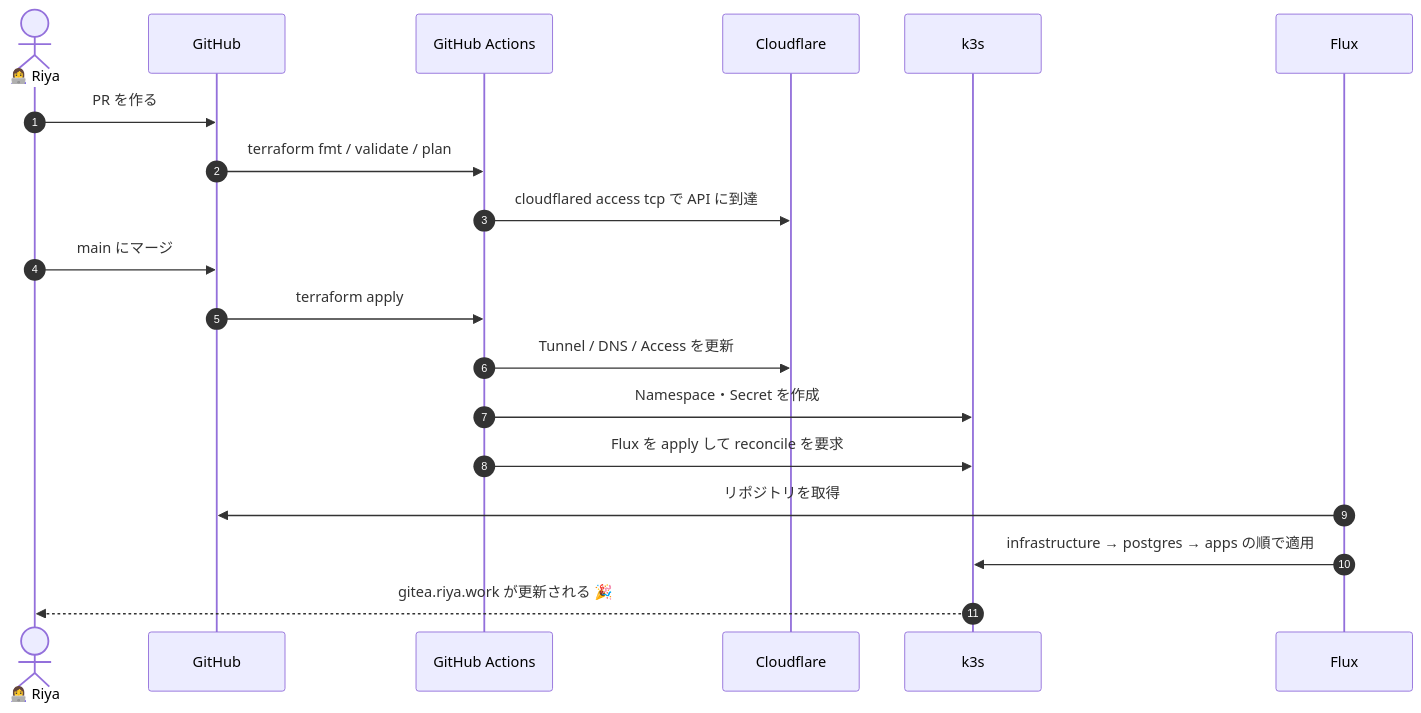
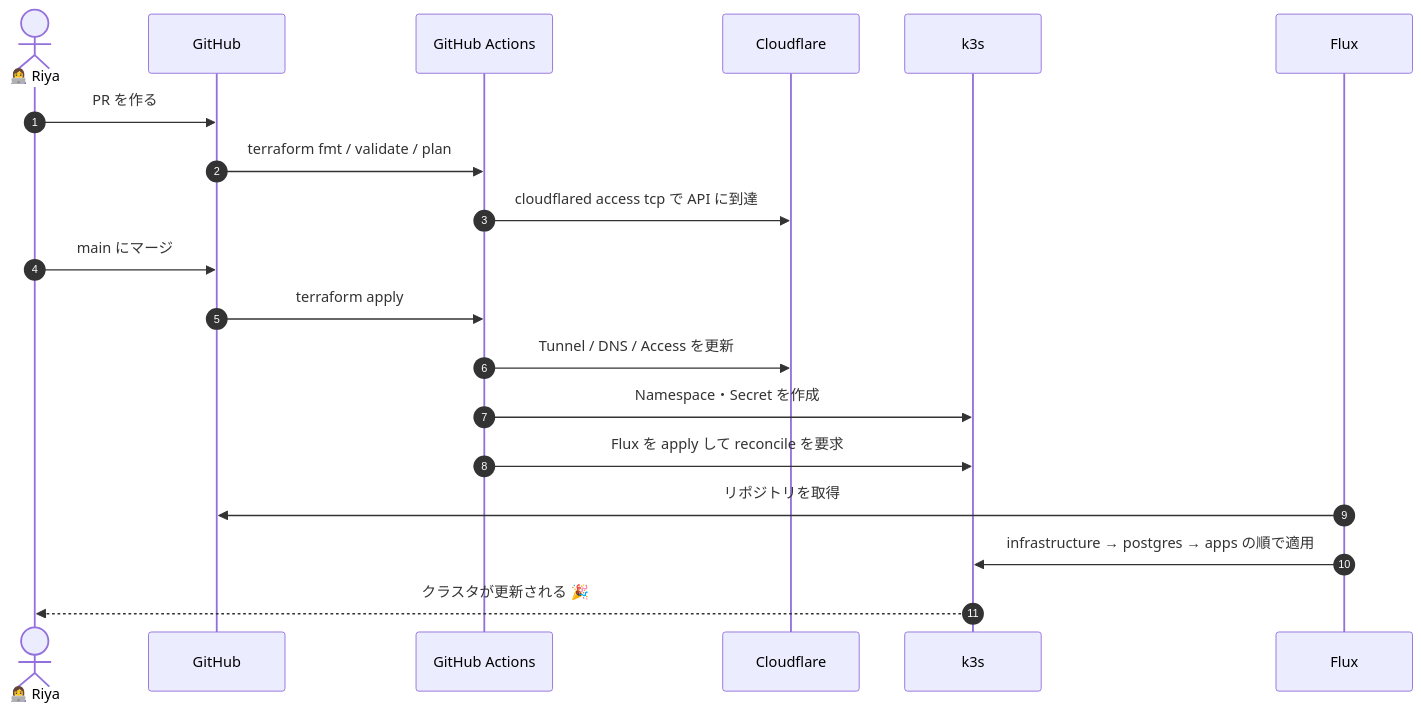
Before and after one commit to tsuji-riya/lab: the second of 3 diagrams in README.md, drawn with Mermaid. The commit also changed other lines of this file and 15 other files, not shown here.

````diff
--- a/README.md
+++ b/README.md
@@ -184,22 +163,22 @@
 ```mermaid
 sequenceDiagram
     autonumber
     actor R as 👩‍💻 Riya
     participant GH as GitHub
     participant CI as GitHub Actions
     participant CF as Cloudflare
     participant K as k3s
     participant F as Flux
 
     R->>GH: PR を作る
     GH->>CI: terraform fmt / validate / plan
     CI->>CF: cloudflared access tcp で API に到達
     R->>GH: main にマージ
     GH->>CI: terraform apply
     CI->>CF: Tunnel / DNS / Access を更新
     CI->>K: Namespace・Secret を作成
     CI->>K: Flux を apply して reconcile を要求
     F->>GH: リポジトリを取得
     F->>K: infrastructure → postgres → apps の順で適用
-    K-->>R: gitea.riya.work が更新される 🎉
+    K-->>R: クラスタが更新される 🎉
 ```
````
